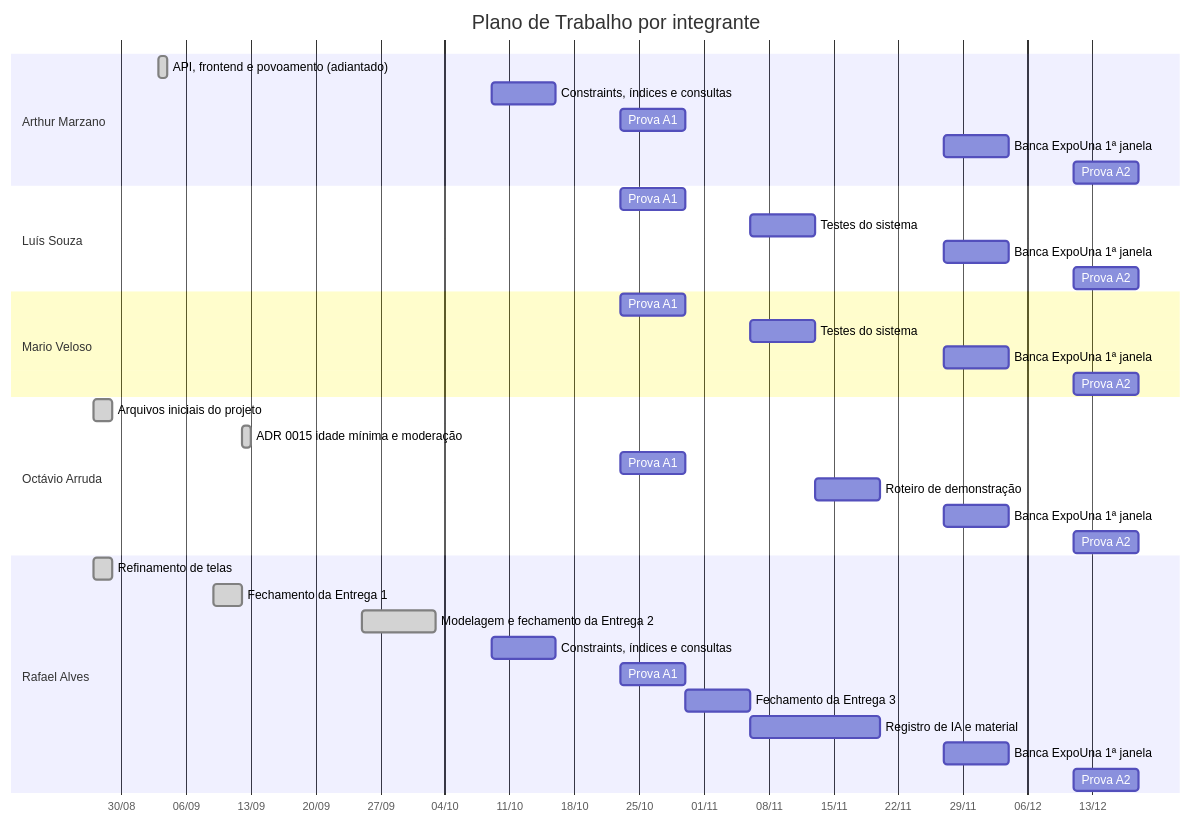
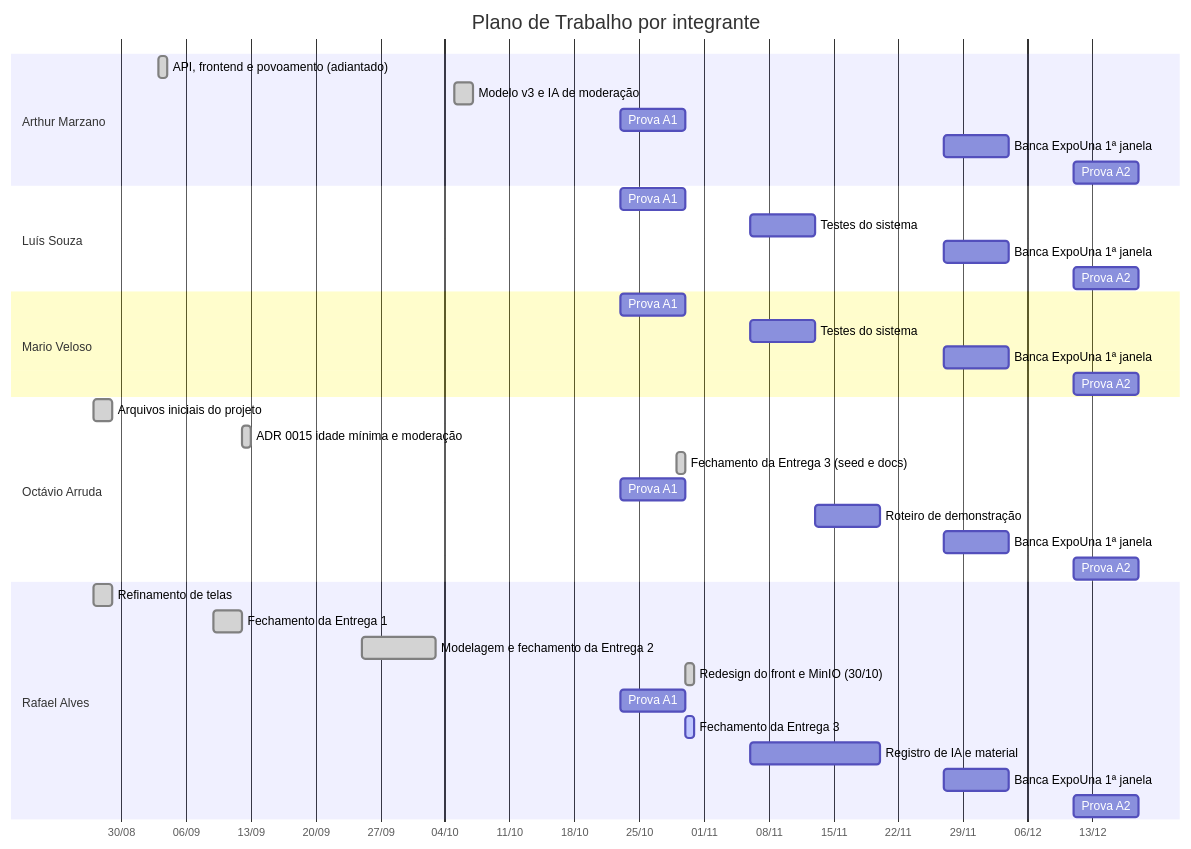
The diagram in docs/00-introducao/07-plano-de-trabalho.md (SecreTavin/A3-banco-de-dados), drawn with Mermaid before and after one commit. The commit also changed other lines of this file and 1 other file, not shown here.

Commit message:
docs: plano de trabalho reflete o estado real da Entrega 3

````diff
--- a/docs/00-introducao/07-plano-de-trabalho.md
+++ b/docs/00-introducao/07-plano-de-trabalho.md
@@ -91,45 +91,46 @@
 ```mermaid
 gantt
     title Plano de Trabalho por integrante
     dateFormat YYYY-MM-DD
     axisFormat %d/%m
     todayMarker off
 
     section Arthur Marzano
     API, frontend e povoamento (adiantado)  :done, ar1, 2026-09-03, 1d
-    Constraints, índices e consultas        :ar2, 2026-10-09, 7d
+    Modelo v3 e IA de moderação             :done, ar2, 2026-10-05, 2d
     Prova A1                                :ar3, 2026-10-23, 7d
     Banca ExpoUna 1ª janela                 :ar4, 2026-11-27, 7d
     Prova A2                                :ar5, 2026-12-11, 7d
 
     section Luís Souza
     Prova A1                                :lu1, 2026-10-23, 7d
     Testes do sistema                       :lu2, 2026-11-06, 7d
     Banca ExpoUna 1ª janela                 :lu3, 2026-11-27, 7d
     Prova A2                                :lu4, 2026-12-11, 7d
 
     section Mario Veloso
     Prova A1                                :ma1, 2026-10-23, 7d
     Testes do sistema                       :ma2, 2026-11-06, 7d
     Banca ExpoUna 1ª janela                 :ma3, 2026-11-27, 7d
     Prova A2                                :ma4, 2026-12-11, 7d
 
     section Octávio Arruda
     Arquivos iniciais do projeto            :done, oc1, 2026-08-27, 2d
     ADR 0015 idade mínima e moderação       :done, oc2, 2026-09-12, 1d
+    Fechamento da Entrega 3 (seed e docs)   :done, oc2b, 2026-10-29, 1d
     Prova A1                                :oc3, 2026-10-23, 7d
     Roteiro de demonstração                 :oc4, 2026-11-13, 7d
     Banca ExpoUna 1ª janela                 :oc5, 2026-11-27, 7d
     Prova A2                                :oc6, 2026-12-11, 7d
 
     section Rafael Alves
     Refinamento de telas                    :done, ra1, 2026-08-27, 2d
     Fechamento da Entrega 1                 :done, ra2, 2026-09-09, 3d
     Modelagem e fechamento da Entrega 2     :done, ra3, 2026-09-25, 8d
-    Constraints, índices e consultas        :ra4, 2026-10-09, 7d
+    Redesign do front e MinIO (30/10)       :done, ra4, 2026-10-30, 1d
     Prova A1                                :ra5, 2026-10-23, 7d
-    Fechamento da Entrega 3                 :ra6, 2026-10-30, 7d
+    Fechamento da Entrega 3                 :active, ra6, 2026-10-30, 1d
     Registro de IA e material               :ra7, 2026-11-06, 14d
     Banca ExpoUna 1ª janela                 :ra8, 2026-11-27, 7d
     Prova A2                                :ra9, 2026-12-11, 7d
 ```
````
